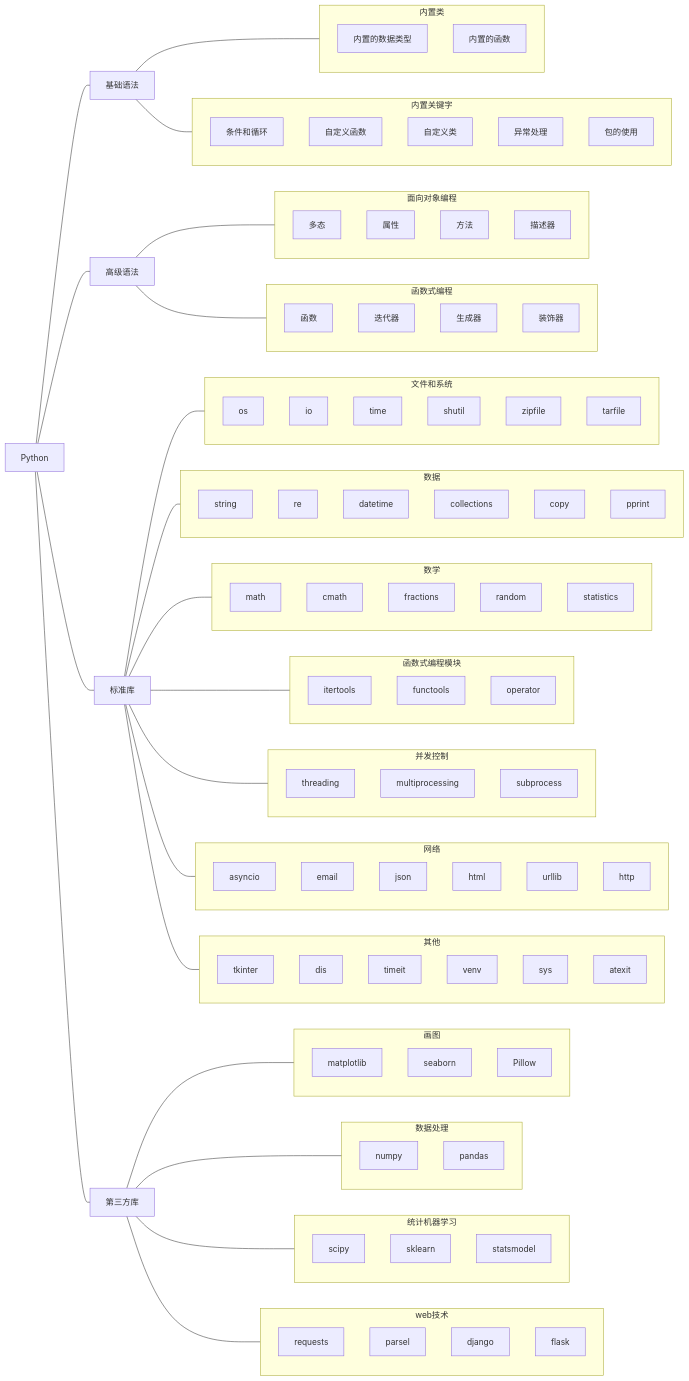
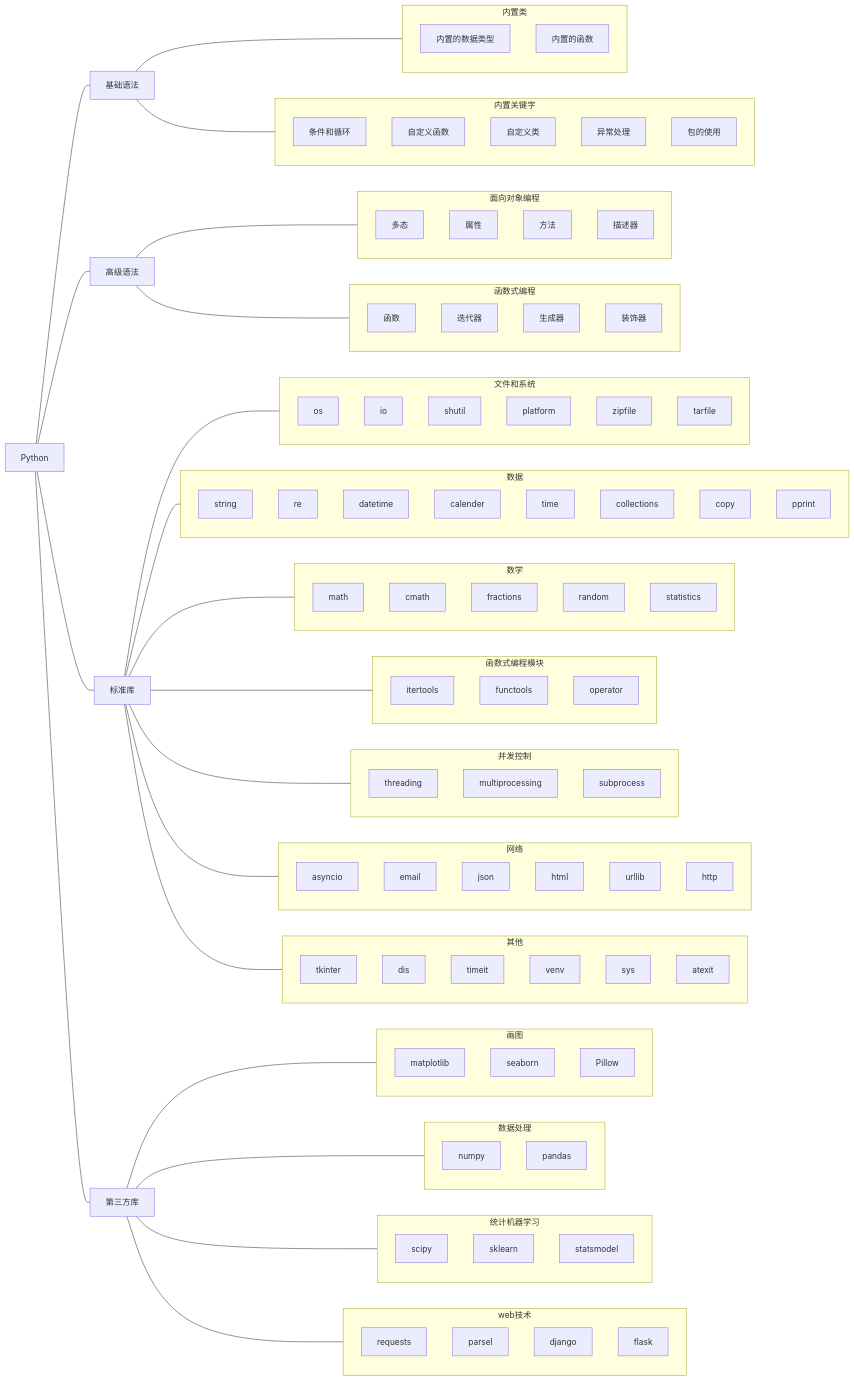
The diagram in docs/Python/index.md (AIboy996/AIboy996.GitHub.io), drawn with Mermaid before and after one commit. The commit also changed 1 other file, not shown here.

Commit message:
增加time标准库介绍

````diff
--- a/docs/Python/index.md
+++ b/docs/Python/index.md
@@ -44,78 +44,78 @@
 ```mermaid
 flowchart LR
     subgraph 内置类
     内置的数据类型
     内置的函数
     end
     subgraph 内置关键字
     条件和循环
     自定义函数
     自定义类
     异常处理
     包的使用
     end
     subgraph 面向对象编程
     多态
     属性
     方法
     描述器
     end
     subgraph 函数式编程
     函数
     迭代器
     生成器
     装饰器
     end
     Python --- 基础语法 & 高级语法 & 标准库 & 第三方库
     基础语法 --- 内置类 & 内置关键字
     高级语法 --- 面向对象编程 & 函数式编程
     
     subgraph 画图
     matplotlib
     seaborn
     Pillow
     end
     subgraph 数据处理
     numpy
     pandas
     end
     subgraph 统计机器学习
     scipy
     sklearn
     statsmodel
     end
     subgraph web技术
     requests
     parsel
     django
     flask
     end
     
     第三方库 --- 画图 & 数据处理 & 统计机器学习 & web技术
     subgraph 文件和系统
-    os;io;time;shutil;
+    os;io;shutil;platform;
   	zipfile;tarfile;
     end
     subgraph 数据
-    string;re;datetime;
+    string;re;datetime;calender;time;
     collections;copy;pprint;
     end
     subgraph 数学
     math; cmath; fractions; random; statistics
     end
     subgraph 函数式编程模块
     itertools; functools; operator
     end
     subgraph 并发控制
     threading; multiprocessing; subprocess;
     end
     subgraph 网络
     asyncio;email; json; html; urllib; http;
     end
     subgraph 其他
     tkinter;dis;timeit;venv;sys;atexit;dis
     end
     标准库 --- 文件和系统 & 数据 & 数学 & 函数式编程模块 & 并发控制 & 网络 & 其他
     
     
 ```
````
